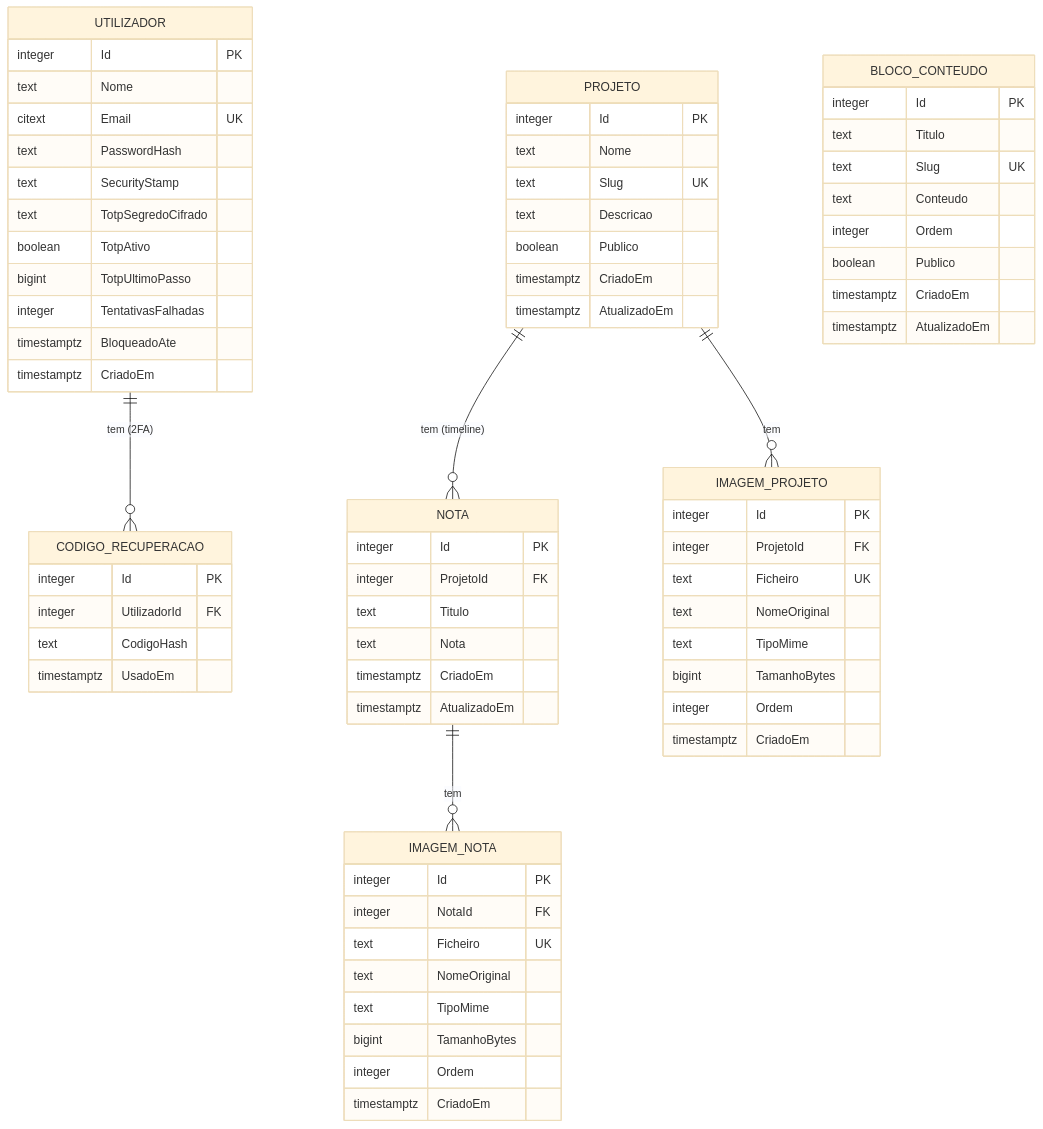
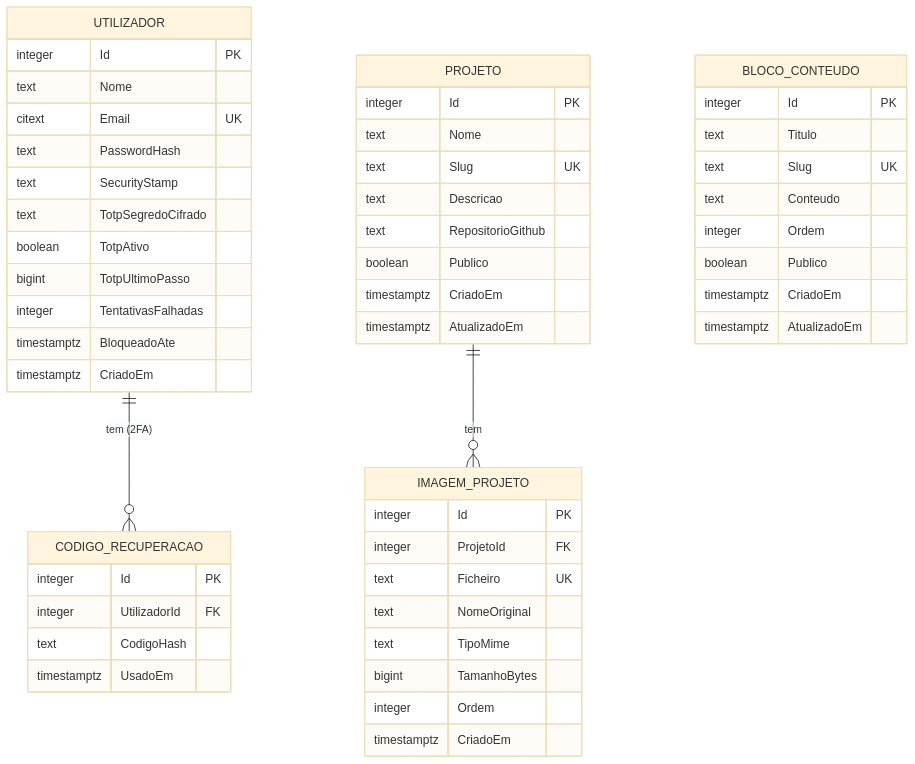
Before and after one commit to Miguel9669/Portef-lio-Pessoal: the diagram in docs/02-base-de-dados.md, drawn with Mermaid (base theme). The commit also changed other lines of this file and 14 other files, not shown here.

First line of the commit message:
Timeline do GitHub em vez de notas

````diff
--- a/docs/02-base-de-dados.md
+++ b/docs/02-base-de-dados.md
@@ -9,80 +9,59 @@
 ```mermaid
 erDiagram
     UTILIZADOR {
         integer Id PK
         text Nome
         citext Email UK
         text PasswordHash
         text SecurityStamp
         text TotpSegredoCifrado
         boolean TotpAtivo
         bigint TotpUltimoPasso
         integer TentativasFalhadas
         timestamptz BloqueadoAte
         timestamptz CriadoEm
     }
 
     CODIGO_RECUPERACAO {
         integer Id PK
         integer UtilizadorId FK
         text CodigoHash
         timestamptz UsadoEm
     }
 
     PROJETO {
         integer Id PK
         text Nome
         text Slug UK
         text Descricao
+        text RepositorioGithub
         boolean Publico
-        timestamptz CriadoEm
-        timestamptz AtualizadoEm
-    }
-
-    NOTA {
-        integer Id PK
-        integer ProjetoId FK
-        text Titulo
-        text Nota
         timestamptz CriadoEm
         timestamptz AtualizadoEm
     }
 
     IMAGEM_PROJETO {
         integer Id PK
         integer ProjetoId FK
-        text Ficheiro UK
-        text NomeOriginal
-        text TipoMime
-        bigint TamanhoBytes
-        integer Ordem
-        timestamptz CriadoEm
-    }
-
-    IMAGEM_NOTA {
-        integer Id PK
-        integer NotaId FK
         text Ficheiro UK
         text NomeOriginal
         text TipoMime
         bigint TamanhoBytes
         integer Ordem
         timestamptz CriadoEm
     }
 
     UTILIZADOR ||--o{ CODIGO_RECUPERACAO : "tem (2FA)"
     BLOCO_CONTEUDO {
         integer Id PK
         text Titulo
         text Slug UK
         text Conteudo
         integer Ordem
         boolean Publico
         timestamptz CriadoEm
         timestamptz AtualizadoEm
     }
 
-    PROJETO ||--o{ NOTA : "tem (timeline)"
     PROJETO ||--o{ IMAGEM_PROJETO : "tem"
-    NOTA ||--o{ IMAGEM_NOTA : "tem"
 ```
````
